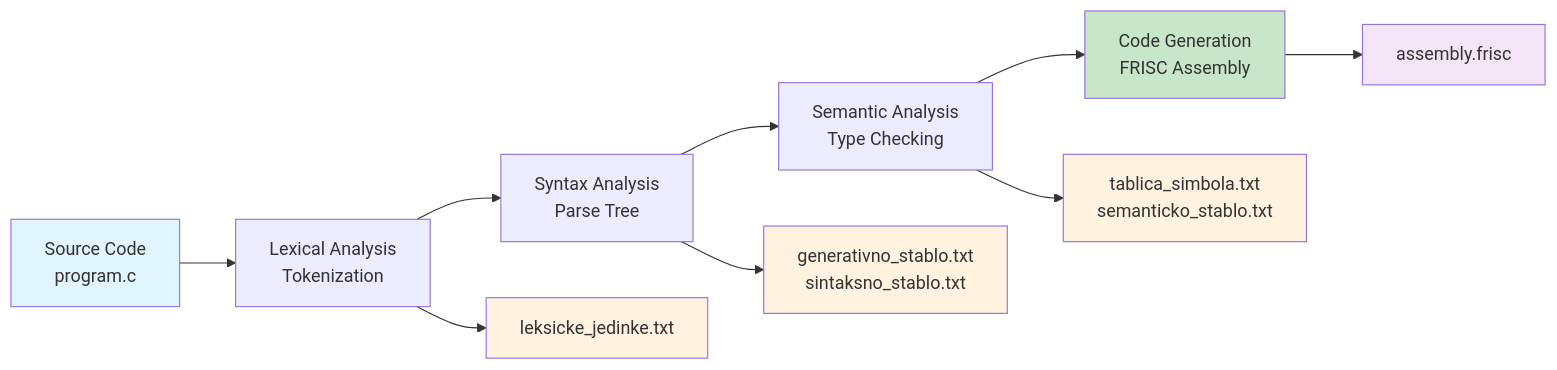
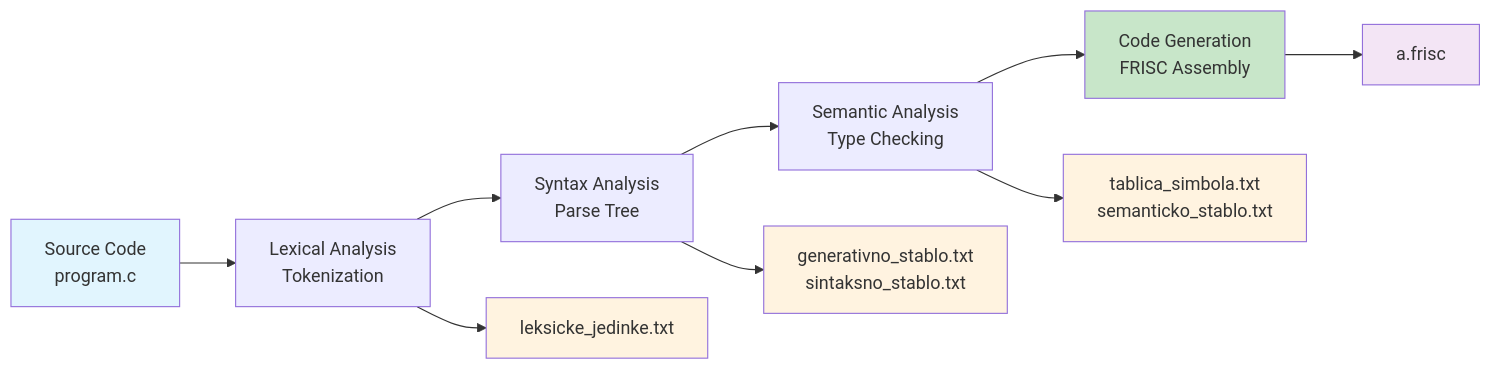
Before and after one commit to KarloKnezevic/ccompiler: the first of 7 diagrams in README.md, drawn with Mermaid. The commit also changed other lines of this file and 3 other files, not shown here.

````diff
--- a/README.md
+++ b/README.md
@@ -28,19 +28,19 @@
 ```mermaid
 flowchart LR
     A[Source Code<br/>program.c] --> B[Lexical Analysis<br/>Tokenization]
     B --> C[Syntax Analysis<br/>Parse Tree]
     C --> D[Semantic Analysis<br/>Type Checking]
     D --> E[Code Generation<br/>FRISC Assembly]
     
     B --> F[leksicke_jedinke.txt]
     C --> G[generativno_stablo.txt<br/>sintaksno_stablo.txt]
     D --> H[tablica_simbola.txt<br/>semanticko_stablo.txt]
-    E --> I[assembly.frisc]
+    E --> I[a.frisc]
     
     style A fill:#e1f5fe
     style E fill:#c8e6c9
     style F fill:#fff3e0
     style G fill:#fff3e0
     style H fill:#fff3e0
     style I fill:#f3e5f5
 ```
````
